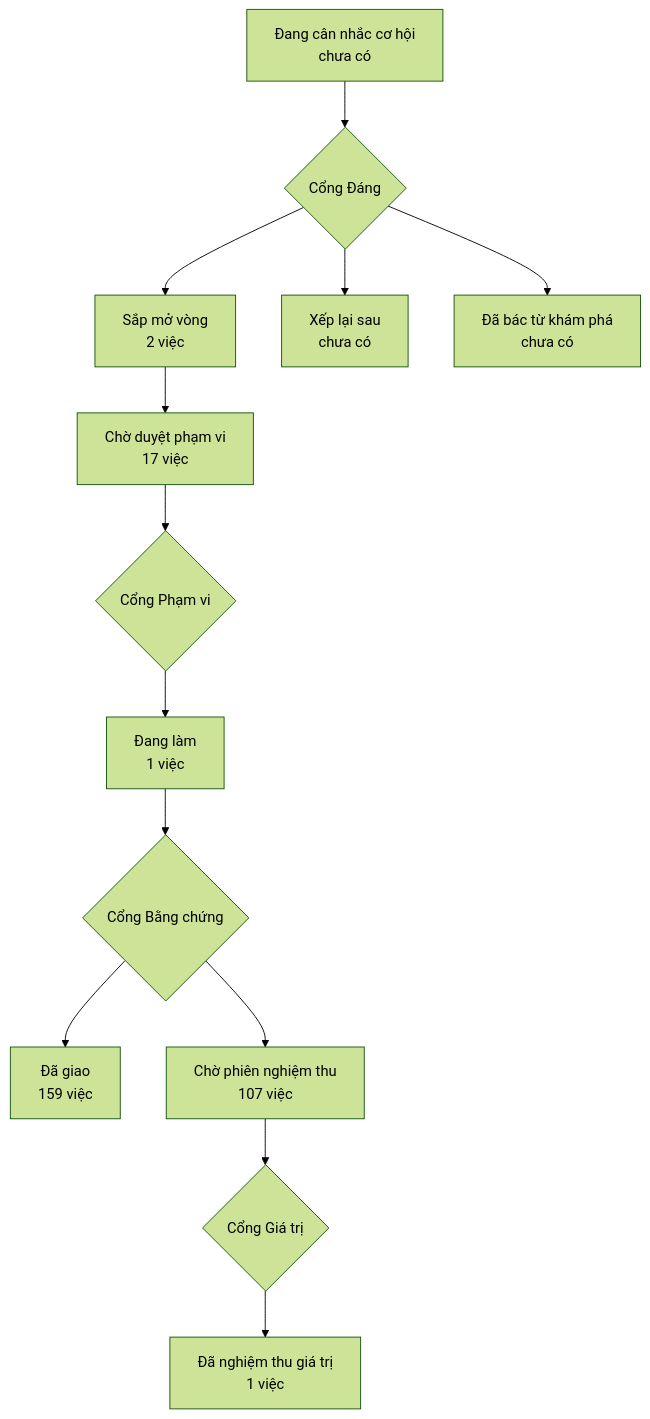
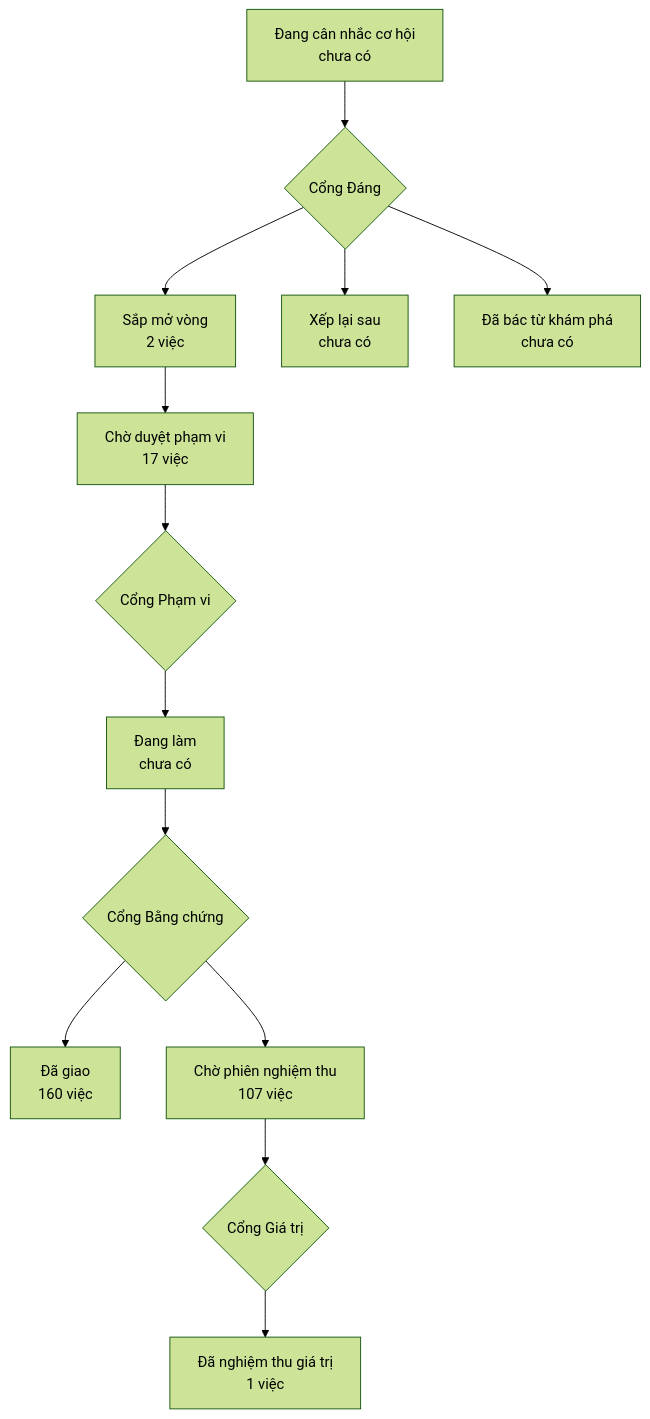
One commit to phanlemanh/onehub-invest changed the diagram in PRODUCT-MAP.md. Above: the diagram before and after it, drawn with Mermaid (forest theme). The commit also changed other lines of this file and 7 other files, not shown here.

````diff
--- a/PRODUCT-MAP.md
+++ b/PRODUCT-MAP.md
@@ -7,12 +7,12 @@
 ```mermaid
 flowchart TD
   A["Đang cân nhắc cơ hội<br/>chưa có"] --> GD{"Cổng Đáng"}
   GD --> B["Sắp mở vòng<br/>2 việc"]
   GD --> XL["Xếp lại sau<br/>chưa có"]
   GD --> DB["Đã bác từ khám phá<br/>chưa có"]
   B --> CD["Chờ duyệt phạm vi<br/>17 việc"] --> GP{"Cổng Phạm vi"}
-  GP --> DL["Đang làm<br/>1 việc"] --> GB{"Cổng Bằng chứng"}
-  GB --> DG["Đã giao<br/>159 việc"]
+  GP --> DL["Đang làm<br/>chưa có"] --> GB{"Cổng Bằng chứng"}
+  GB --> DG["Đã giao<br/>160 việc"]
   GB --> CN["Chờ phiên nghiệm thu<br/>107 việc"] --> GG{"Cổng Giá trị"}
   GG --> NT["Đã nghiệm thu giá trị<br/>1 việc"]
 ```
````
